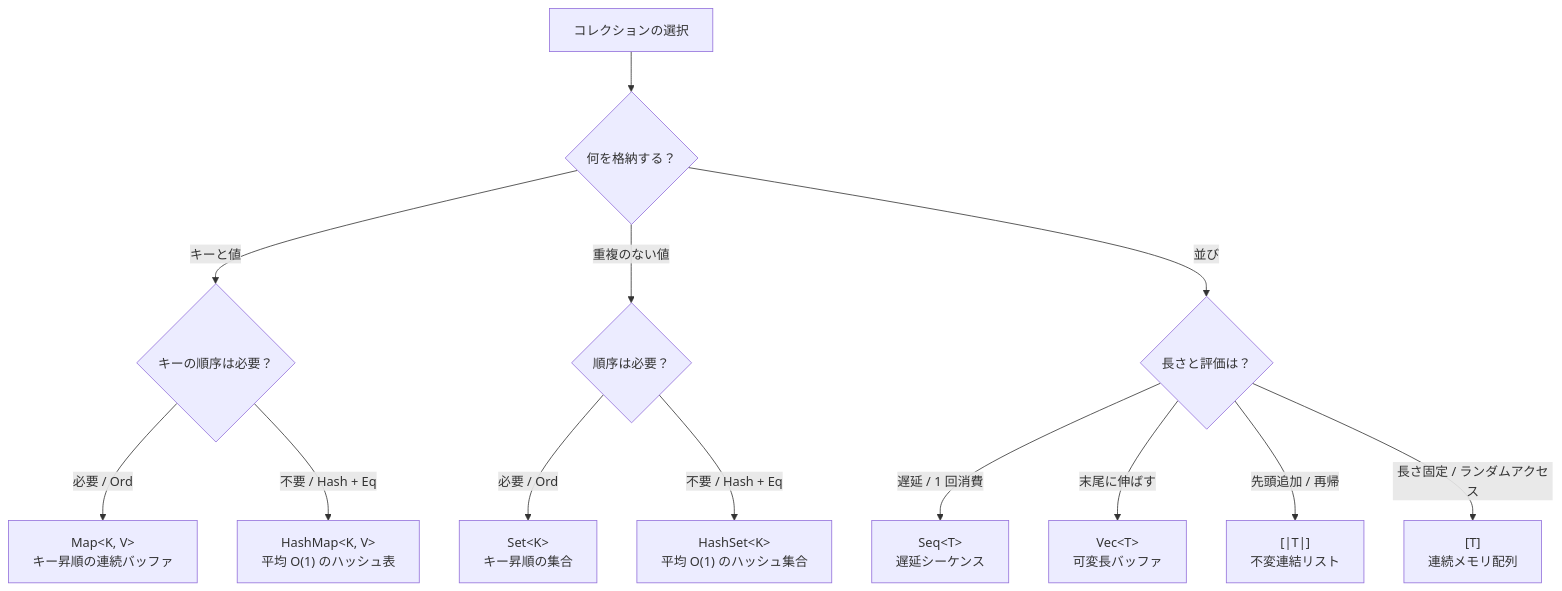
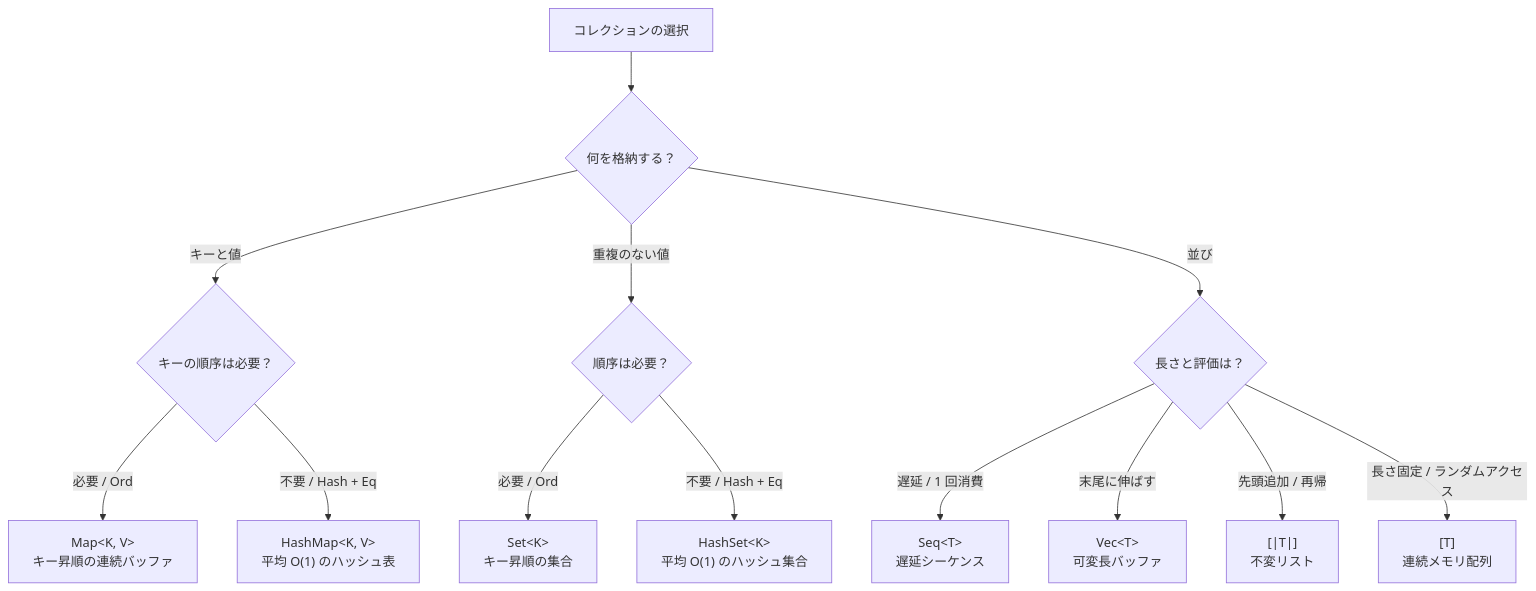
The diagram in _tsuzuri/language-reference/built-in-types-and-modules/array.md (tatsuya-midorikawa/Tsuzuri), drawn with Mermaid before and after one commit. The commit also changed other lines of this file and 11 other files, not shown here.

````diff
--- a/_tsuzuri/language-reference/built-in-types-and-modules/array.md
+++ b/_tsuzuri/language-reference/built-in-types-and-modules/array.md
@@ -19,15 +19,15 @@
 ```mermaid
 flowchart TD
     start["コレクションの選択"] --> kind{"何を格納する？"}
     kind -->|キーと値| assoc{"キーの順序は必要？"}
     assoc -->|必要 / Ord| map["Map&lt;K, V&gt;<br/>キー昇順の連続バッファ"]
     assoc -->|不要 / Hash + Eq| hashmap["HashMap&lt;K, V&gt;<br/>平均 O(1) のハッシュ表"]
     kind -->|重複のない値| setkind{"順序は必要？"}
     setkind -->|必要 / Ord| set["Set&lt;K&gt;<br/>キー昇順の集合"]
     setkind -->|不要 / Hash + Eq| hashset["HashSet&lt;K&gt;<br/>平均 O(1) のハッシュ集合"]
     kind -->|並び| seqkind{"長さと評価は？"}
     seqkind -->|遅延 / 1 回消費| seq["Seq&lt;T&gt;<br/>遅延シーケンス"]
     seqkind -->|末尾に伸ばす| vec["Vec&lt;T&gt;<br/>可変長バッファ"]
-    seqkind -->|先頭追加 / 再帰| list["[|T|]<br/>不変連結リスト"]
+    seqkind -->|先頭追加 / 再帰| list["[|T|]<br/>不変リスト"]
     seqkind -->|長さ固定 / ランダムアクセス| array["[T]<br/>連続メモリ配列"]
 ```
````
